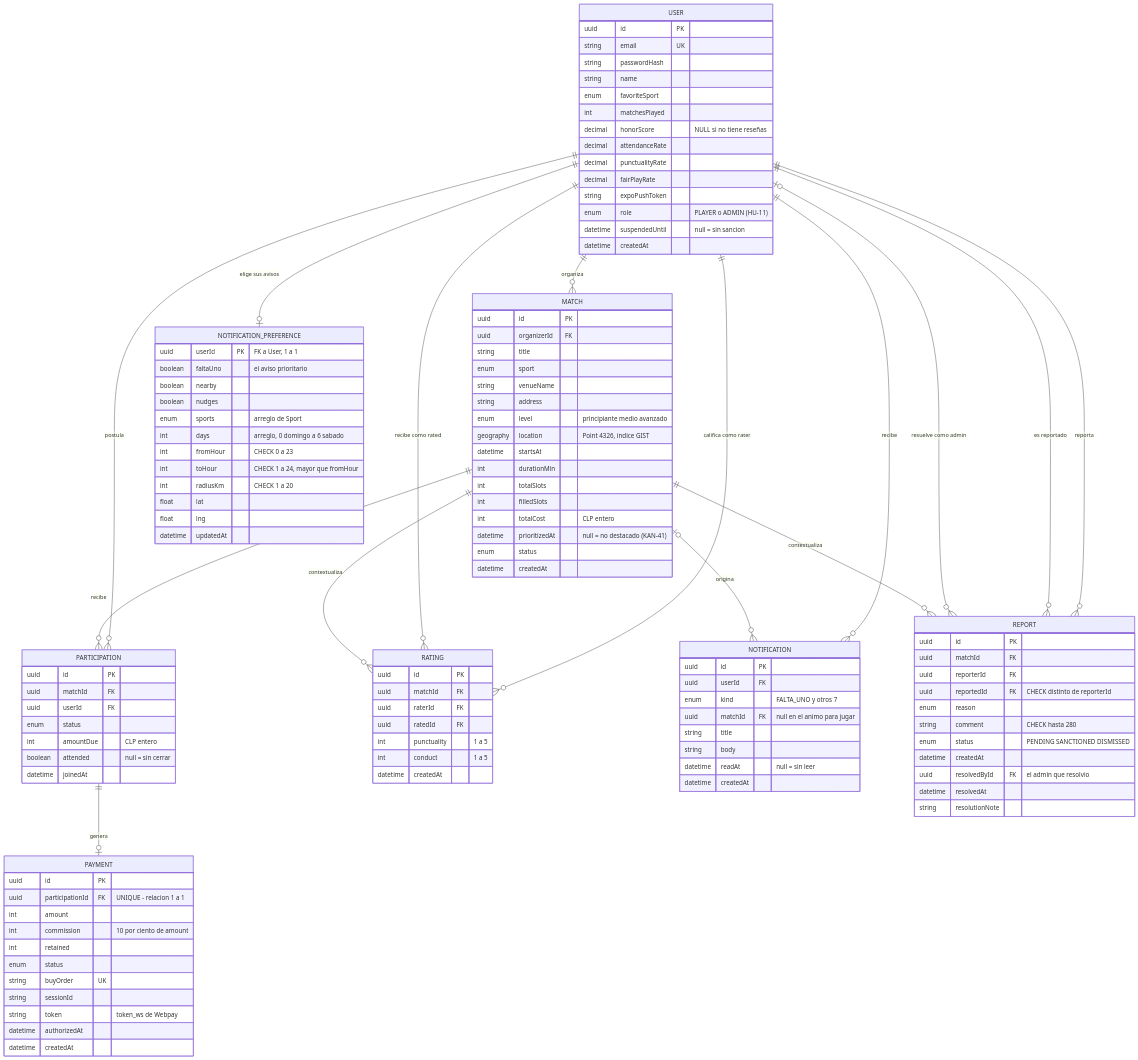
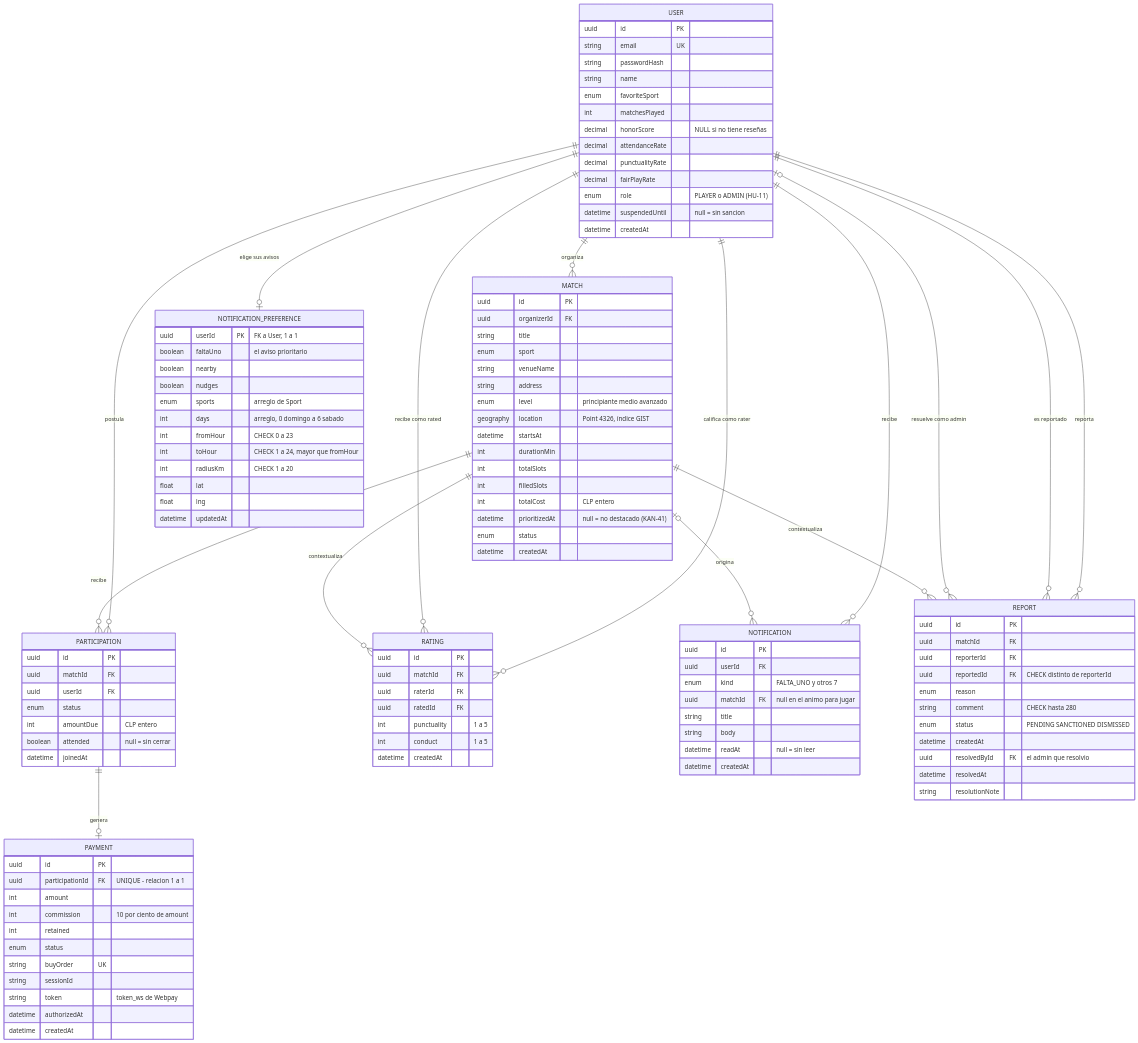
Before and after one commit to avenaaaa/KANCHA: the diagram in fase-2-desarrollo/docs/diagramas/er-modelo-datos.mmd, drawn with Mermaid. The commit also changed 33 other files, not shown here.

```diff
--- a/fase-2-desarrollo/docs/diagramas/er-modelo-datos.mmd
+++ b/fase-2-desarrollo/docs/diagramas/er-modelo-datos.mmd
@@ -1,125 +1,124 @@
 erDiagram
     USER ||--o{ MATCH : "organiza"
     USER ||--o{ PARTICIPATION : "postula"
     MATCH ||--o{ PARTICIPATION : "recibe"
     PARTICIPATION ||--o| PAYMENT : "genera"
     USER ||--o{ RATING : "califica como rater"
     USER ||--o{ RATING : "recibe como rated"
     MATCH ||--o{ RATING : "contextualiza"
     USER ||--o| NOTIFICATION_PREFERENCE : "elige sus avisos"
     USER ||--o{ NOTIFICATION : "recibe"
     MATCH |o--o{ NOTIFICATION : "origina"
     USER ||--o{ REPORT : "reporta"
     USER ||--o{ REPORT : "es reportado"
     USER |o--o{ REPORT : "resuelve como admin"
     MATCH ||--o{ REPORT : "contextualiza"
 
     USER {
         uuid     id PK
         string   email UK
         string   passwordHash
         string   name
         enum     favoriteSport
         int      matchesPlayed
         decimal  honorScore "NULL si no tiene reseñas"
         decimal  attendanceRate
         decimal  punctualityRate
         decimal  fairPlayRate
-        string   expoPushToken
         enum     role "PLAYER o ADMIN (HU-11)"
         datetime suspendedUntil "null = sin sancion"
         datetime createdAt
     }
 
     MATCH {
         uuid      id PK
         uuid      organizerId FK
         string    title
         enum      sport
         string    venueName
         string    address
         enum      level "principiante medio avanzado"
         geography location "Point 4326, índice GIST"
         datetime  startsAt
         int       durationMin
         int       totalSlots
         int       filledSlots
         int       totalCost "CLP entero"
         datetime  prioritizedAt "null = no destacado (KAN-41)"
         enum      status
         datetime  createdAt
     }
 
     PARTICIPATION {
         uuid     id PK
         uuid     matchId FK
         uuid     userId FK
         enum     status
         int      amountDue "CLP entero"
         boolean  attended "null = sin cerrar"
         datetime joinedAt
     }
 
     RATING {
         uuid     id PK
         uuid     matchId FK
         uuid     raterId FK
         uuid     ratedId FK
         int      punctuality "1 a 5"
         int      conduct "1 a 5"
         datetime createdAt
     }
 
     PAYMENT {
         uuid     id PK
         uuid     participationId FK "UNIQUE - relacion 1 a 1"
         int      amount
         int      commission "10 por ciento de amount"
         int      retained
         enum     status
         string   buyOrder UK
         string   sessionId
         string   token "token_ws de Webpay"
         datetime authorizedAt
         datetime createdAt
     }
 
     NOTIFICATION_PREFERENCE {
         uuid     userId PK "FK a User, 1 a 1"
         boolean  faltaUno "el aviso prioritario"
         boolean  nearby
         boolean  nudges
         enum     sports "arreglo de Sport"
         int      days "arreglo, 0 domingo a 6 sabado"
         int      fromHour "CHECK 0 a 23"
         int      toHour "CHECK 1 a 24, mayor que fromHour"
         int      radiusKm "CHECK 1 a 20"
         float    lat
         float    lng
         datetime updatedAt
     }
 
     NOTIFICATION {
         uuid     id PK
         uuid     userId FK
         enum     kind "FALTA_UNO y otros 7"
         uuid     matchId FK "null en el animo para jugar"
         string   title
         string   body
         datetime readAt "null = sin leer"
         datetime createdAt
     }
 
     REPORT {
         uuid     id PK
         uuid     matchId FK
         uuid     reporterId FK
         uuid     reportedId FK "CHECK distinto de reporterId"
         enum     reason
         string   comment "CHECK hasta 280"
         enum     status "PENDING SANCTIONED DISMISSED"
         datetime createdAt
         uuid     resolvedById FK "el admin que resolvio"
         datetime resolvedAt
         string   resolutionNote
     }
```
